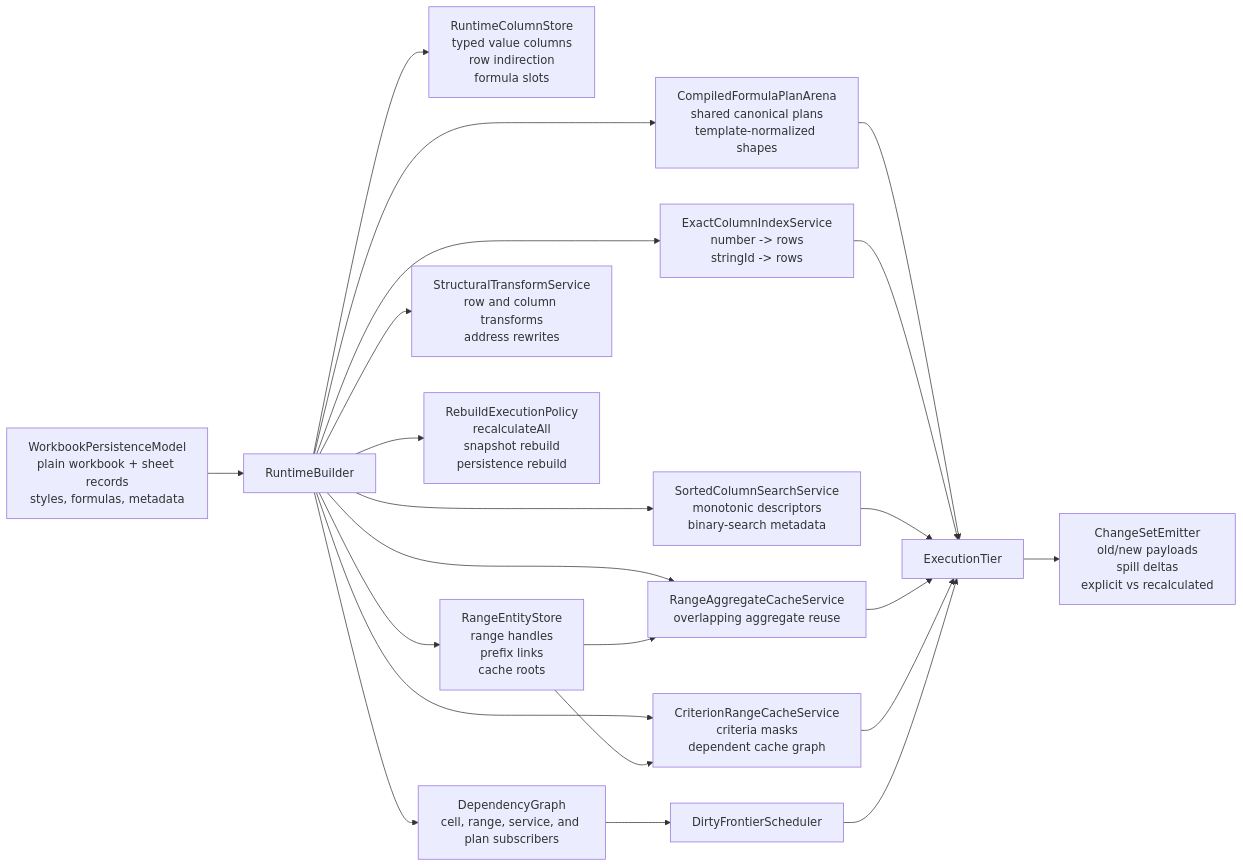
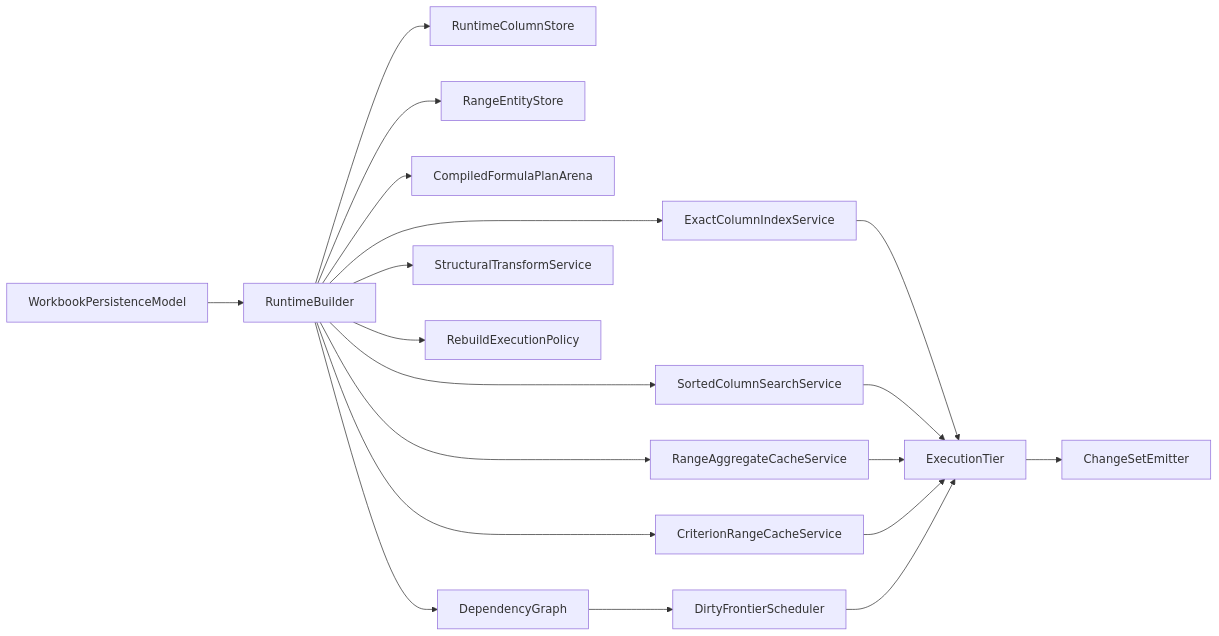
Before and after one commit to proompteng/bilig: the diagram in docs/workpaper-ultra-performance-engine-architecture-2026-04-12.md, drawn with Mermaid. The commit also changed other lines of this file and 46 other files, not shown here.

````diff
--- a/docs/workpaper-ultra-performance-engine-architecture-2026-04-12.md
+++ b/docs/workpaper-ultra-performance-engine-architecture-2026-04-12.md
@@ -201,24 +257,21 @@
 ```mermaid
 flowchart LR
-  PM["WorkbookPersistenceModel<br/>plain workbook + sheet records<br/>styles, formulas, metadata"] --> RB["RuntimeBuilder"]
-  RB --> CS["RuntimeColumnStore<br/>typed value columns<br/>row indirection<br/>formula slots"]
-  RB --> RS["RangeEntityStore<br/>range handles<br/>prefix links<br/>cache roots"]
-  RB --> FP["CompiledFormulaPlanArena<br/>shared canonical plans<br/>template-normalized shapes"]
-  RB --> DG["DependencyGraph<br/>cell, range, service, and plan subscribers"]
-  RB --> EXI["ExactColumnIndexService<br/>number -> rows<br/>stringId -> rows"]
-  RB --> SSI["SortedColumnSearchService<br/>monotonic descriptors<br/>binary-search metadata"]
-  RB --> RAC["RangeAggregateCacheService<br/>overlapping aggregate reuse"]
-  RB --> CRC["CriterionRangeCacheService<br/>criteria masks<br/>dependent cache graph"]
-  RB --> ST["StructuralTransformService<br/>row and column transforms<br/>address rewrites"]
-  RB --> RP["RebuildExecutionPolicy<br/>recalculateAll<br/>snapshot rebuild<br/>persistence rebuild"]
-  FP --> EX["ExecutionTier"]
-  RS --> RAC
-  RS --> CRC
-  DG --> SCH["DirtyFrontierScheduler"]
-  EXI --> EX
+  PM["WorkbookPersistenceModel"] --> RB["RuntimeBuilder"]
+  RB --> CS["RuntimeColumnStore"]
+  RB --> RS["RangeEntityStore"]
+  RB --> FP["CompiledFormulaPlanArena"]
+  RB --> DG["DependencyGraph"]
+  RB --> EXI["ExactColumnIndexService"]
+  RB --> SSI["SortedColumnSearchService"]
+  RB --> RAC["RangeAggregateCacheService"]
+  RB --> CRC["CriterionRangeCacheService"]
+  RB --> ST["StructuralTransformService"]
+  RB --> RP["RebuildExecutionPolicy"]
+  DG --> DFS["DirtyFrontierScheduler"]
+  EXI --> EX["ExecutionTier"]
   SSI --> EX
   RAC --> EX
   CRC --> EX
-  SCH --> EX
-  EX --> CSE["ChangeSetEmitter<br/>old/new payloads<br/>spill deltas<br/>explicit vs recalculated"]
+  DFS --> EX
+  EX --> CSE["ChangeSetEmitter"]
 ```
````
